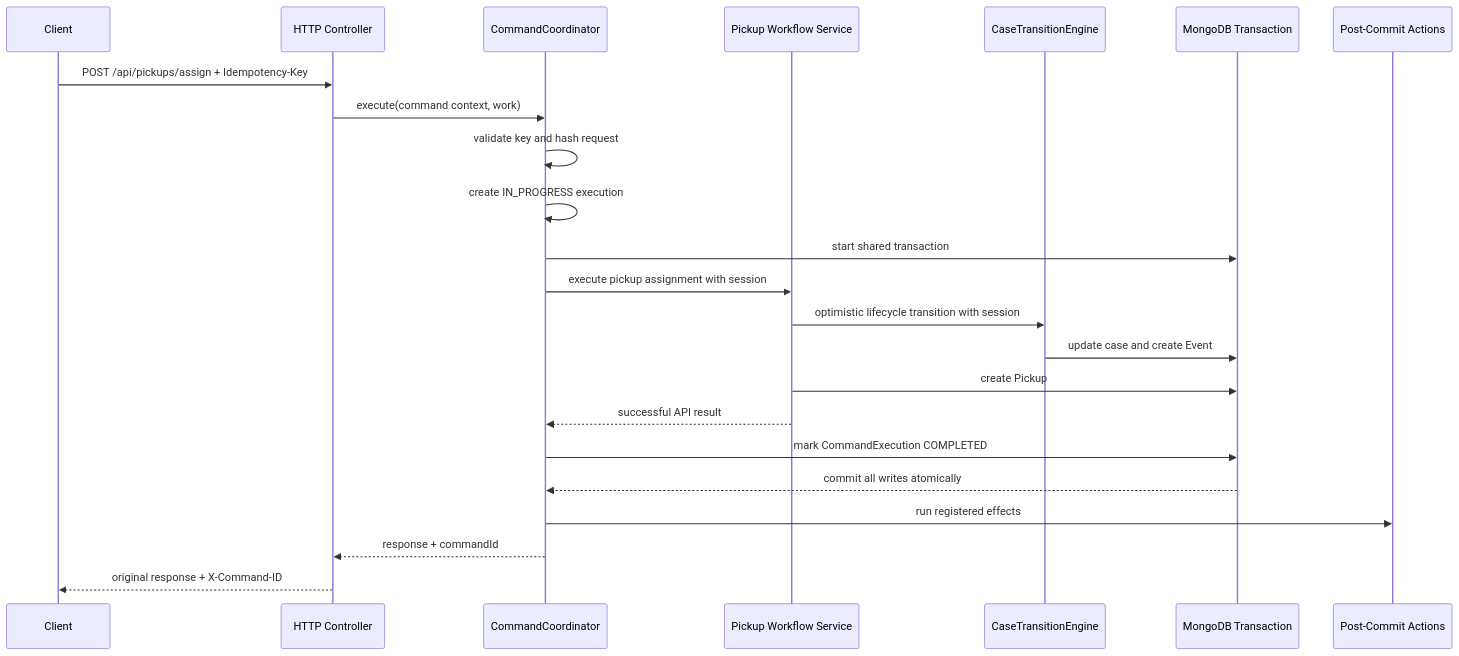
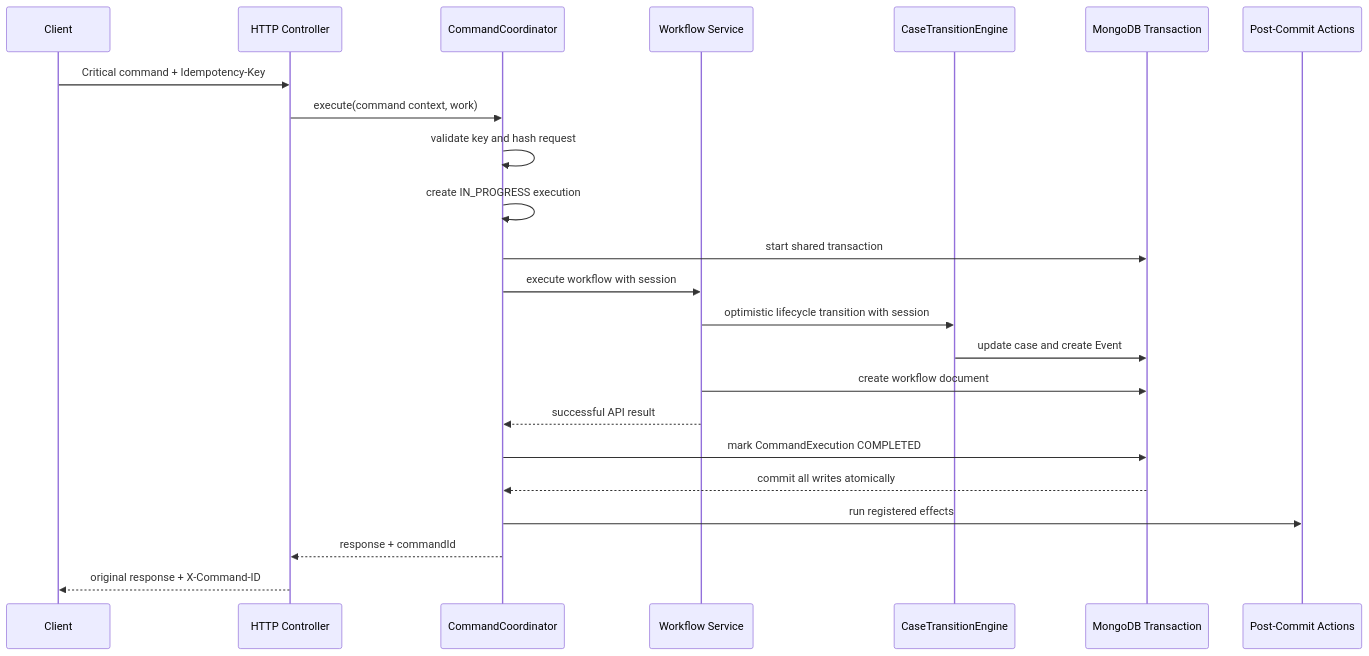
One commit to raghavsingh08/reclaim-loop changed the diagram in docs/architecture/command-coordinator.md. Above: the diagram before and after it, drawn with Mermaid. The commit also changed other lines of this file and 16 other files, not shown here.

````diff
--- a/docs/architecture/command-coordinator.md
+++ b/docs/architecture/command-coordinator.md
@@ -27,26 +30,26 @@
 ```mermaid
 sequenceDiagram
     participant Client
     participant HTTP as HTTP Controller
     participant CC as CommandCoordinator
-    participant WS as Pickup Workflow Service
+    participant WS as Workflow Service
     participant CTE as CaseTransitionEngine
     participant DB as MongoDB Transaction
     participant PC as Post-Commit Actions
 
-    Client->>HTTP: POST /api/pickups/assign + Idempotency-Key
+    Client->>HTTP: Critical command + Idempotency-Key
     HTTP->>CC: execute(command context, work)
     CC->>CC: validate key and hash request
     CC->>CC: create IN_PROGRESS execution
     CC->>DB: start shared transaction
-    CC->>WS: execute pickup assignment with session
+    CC->>WS: execute workflow with session
     WS->>CTE: optimistic lifecycle transition with session
     CTE->>DB: update case and create Event
-    WS->>DB: create Pickup
+    WS->>DB: create workflow document
     WS-->>CC: successful API result
     CC->>DB: mark CommandExecution COMPLETED
     DB-->>CC: commit all writes atomically
     CC->>PC: run registered effects
     CC-->>HTTP: response + commandId
     HTTP-->>Client: original response + X-Command-ID
 ```
````
